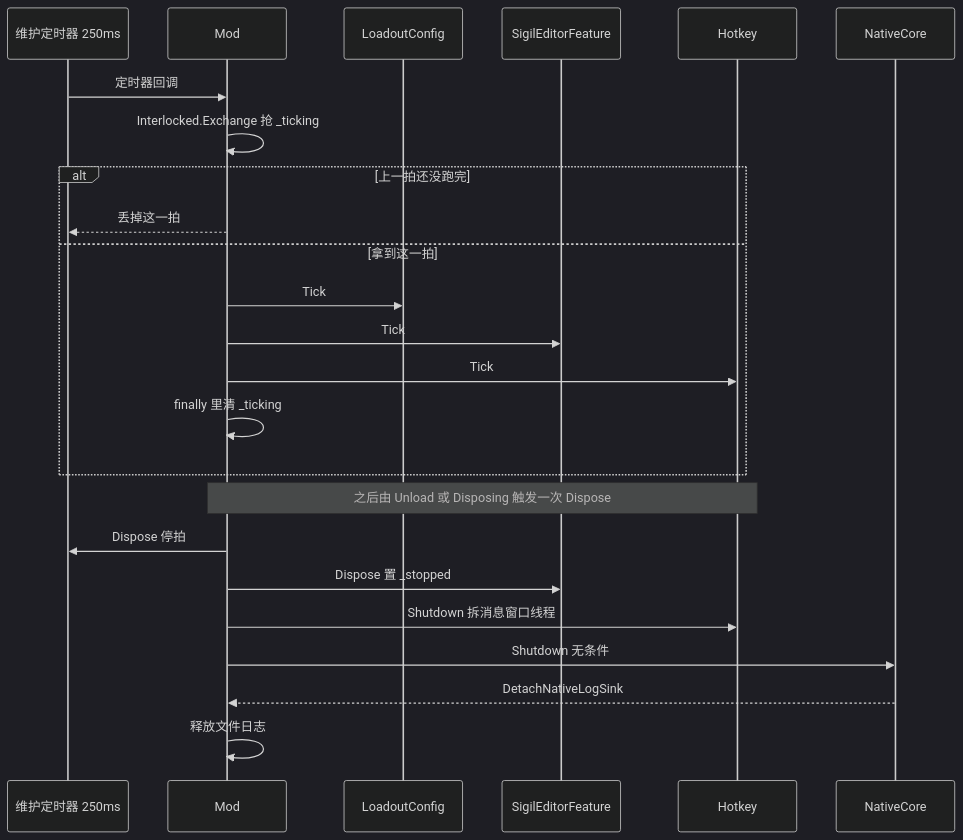
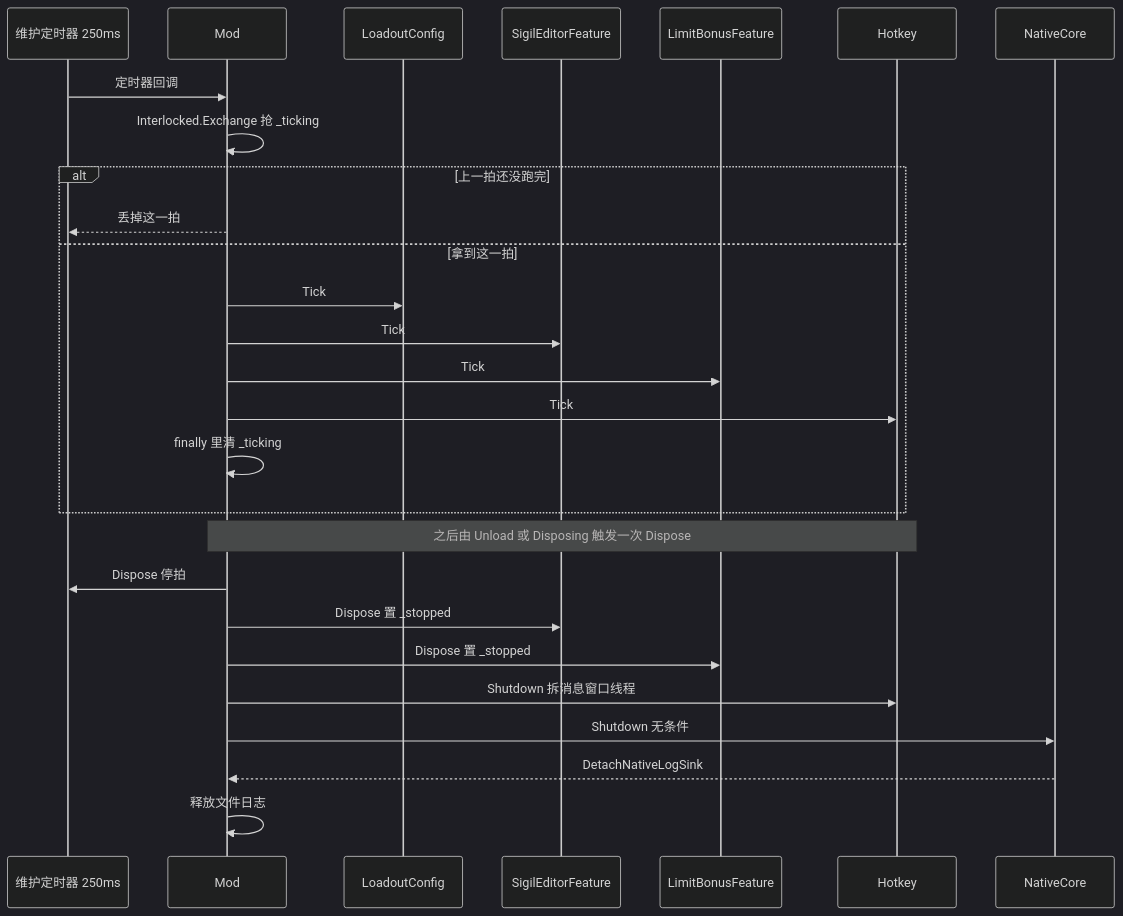
The third of 6 diagrams in openwiki/architecture/managed-mod.md (baagod/GBFR-Sigil-Loadout), drawn with Mermaid (dark theme) before and after one commit. The commit also changed other lines of this file and 52 other files, not shown here.

````diff
--- a/openwiki/architecture/managed-mod.md
+++ b/openwiki/architecture/managed-mod.md
@@ -170,28 +185,31 @@
 ```mermaid
 sequenceDiagram
     participant Timer as 维护定时器 250ms
     participant Mod as Mod
     participant LC as LoadoutConfig
     participant FE as SigilEditorFeature
+    participant LB as LimitBonusFeature
     participant HK as Hotkey
     participant NC as NativeCore
 
     Timer->>Mod: 定时器回调
     Mod->>Mod: Interlocked.Exchange 抢 _ticking
     alt 上一拍还没跑完
         Mod-->>Timer: 丢掉这一拍
     else 拿到这一拍
         Mod->>LC: Tick
         Mod->>FE: Tick
+        Mod->>LB: Tick
         Mod->>HK: Tick
         Mod->>Mod: finally 里清 _ticking
     end
 
     Note over Mod,HK: 之后由 Unload 或 Disposing 触发一次 Dispose
     Mod->>Timer: Dispose 停拍
     Mod->>FE: Dispose 置 _stopped
+    Mod->>LB: Dispose 置 _stopped
     Mod->>HK: Shutdown 拆消息窗口线程
     Mod->>NC: Shutdown 无条件
     NC-->>Mod: DetachNativeLogSink
     Mod->>Mod: 释放文件日志
 ```
````
